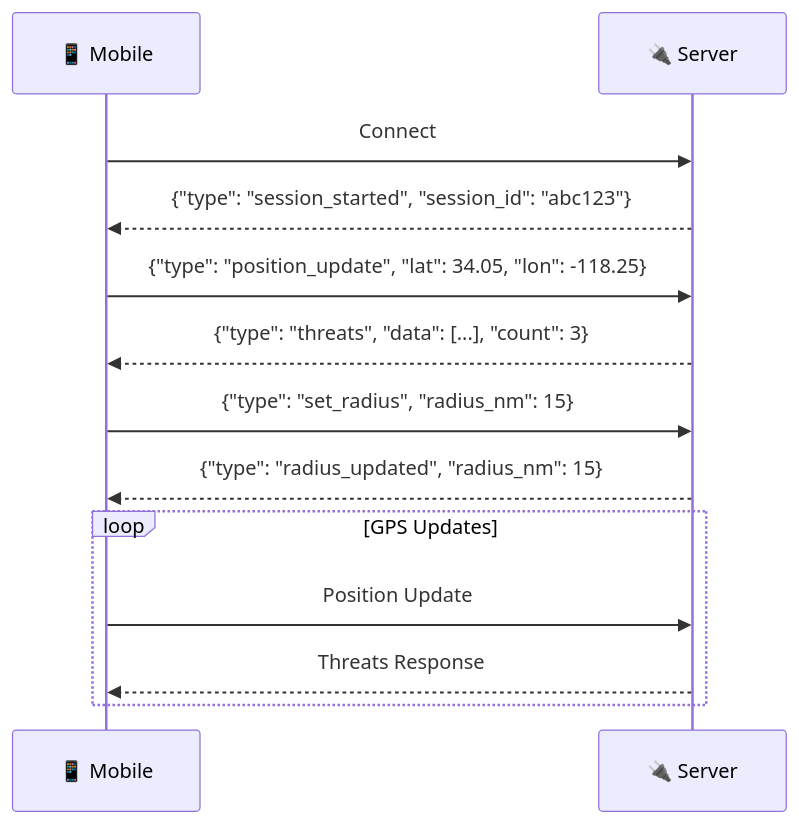
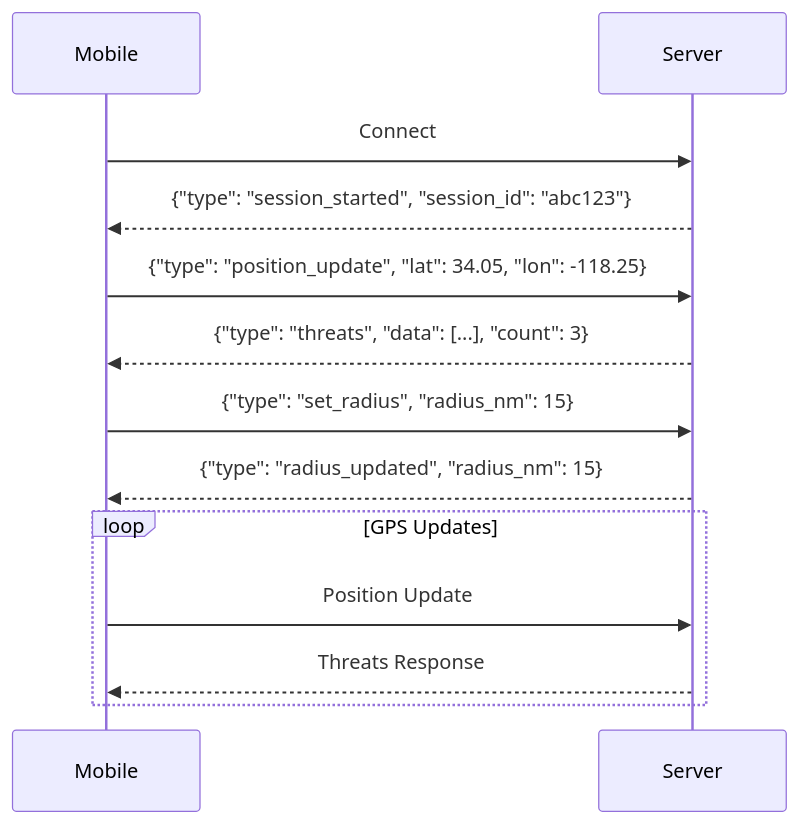
One commit to CHA0S-CORP/SkySpyDocs changed the sixth of 8 diagrams in docs/api-reference/websocket-api.md. Above: the diagram before and after it, drawn with Mermaid. The commit also changed other lines of this file, not shown here.

````diff
--- a/docs/api-reference/websocket-api.md
+++ b/docs/api-reference/websocket-api.md
@@ -765,19 +763,19 @@
 ```mermaid
 sequenceDiagram
-    participant M as 📱 Mobile
-    participant S as 🔌 Server
+    participant M as Mobile
+    participant S as Server
 
     M->>S: Connect
     S-->>M: {"type": "session_started", "session_id": "abc123"}
 
     M->>S: {"type": "position_update", "lat": 34.05, "lon": -118.25}
     S-->>M: {"type": "threats", "data": [...], "count": 3}
 
     M->>S: {"type": "set_radius", "radius_nm": 15}
     S-->>M: {"type": "radius_updated", "radius_nm": 15}
 
     loop GPS Updates
         M->>S: Position Update
         S-->>M: Threats Response
     end
 ```
````
